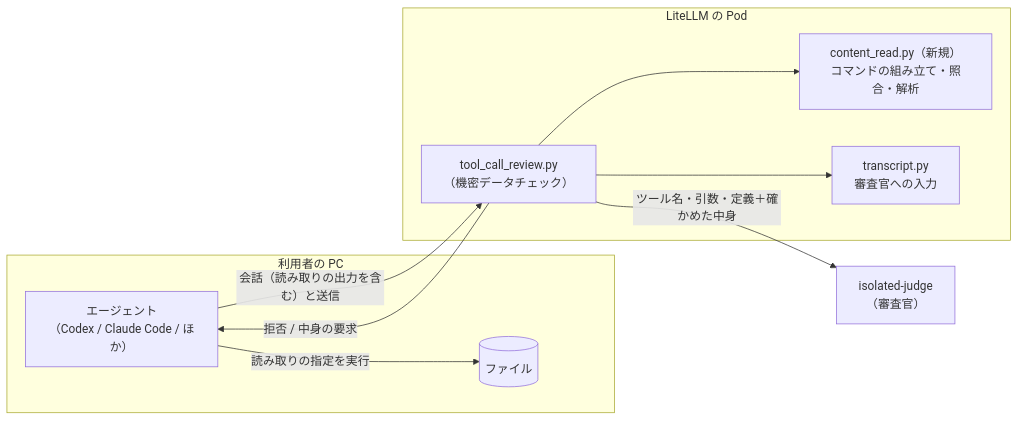
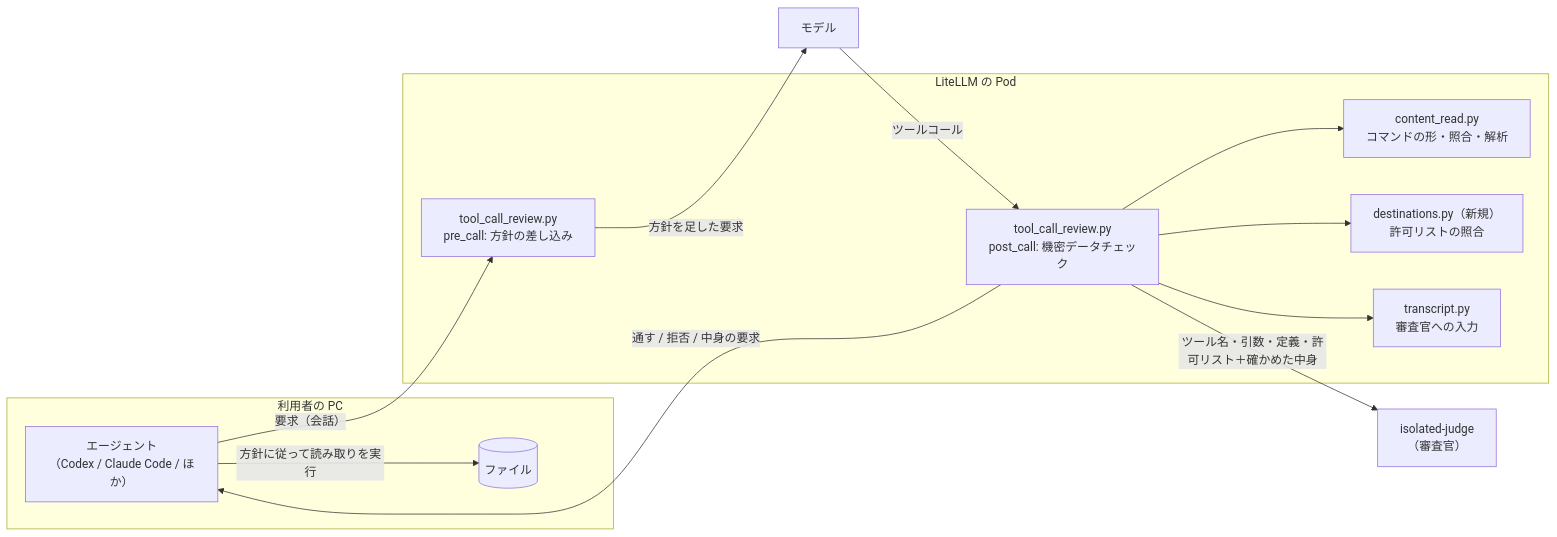
One commit to notfolder/litellm-agent-gateway-lab changed the first of 2 diagrams in .history/2026-10-13-送信するファイルの中身の審査/変更設計書.md. Above: the diagram before and after it, drawn with Mermaid. The commit also changed other lines of this file and 2 other files, not shown here.

````diff
--- a/.history/2026-10-13-送信するファイルの中身の審査/変更設計書.md
+++ b/.history/2026-10-13-送信するファイルの中身の審査/変更設計書.md
@@ -9,19 +9,24 @@
 ```mermaid
 flowchart LR
     subgraph PC["利用者の PC"]
         AG["エージェント<br/>（Codex / Claude Code / ほか）"]
         F[("ファイル")]
-        AG -- "読み取りの指定を実行" --> F
+        AG -- "方針に従って読み取りを実行" --> F
     end
     subgraph POD["LiteLLM の Pod"]
-        G["tool_call_review.py<br/>（機密データチェック）"]
-        CR["content_read.py（新規）<br/>コマンドの組み立て・照合・解析"]
+        P["tool_call_review.py<br/>pre_call: 方針の差し込み"]
+        G["tool_call_review.py<br/>post_call: 機密データチェック"]
+        CR["content_read.py<br/>コマンドの形・照合・解析"]
+        DS["destinations.py（新規）<br/>許可リストの照合"]
         TR["transcript.py<br/>審査官への入力"]
         G --> CR
+        G --> DS
         G --> TR
     end
     J["isolated-judge<br/>（審査官）"]
-    AG -- "会話（読み取りの出力を含む）と送信" --> G
-    G -- "ツール名・引数・定義＋確かめた中身" --> J
-    G -- "拒否 / 中身の要求" --> AG
+    AG -- "要求（会話）" --> P
+    P -- "方針を足した要求" --> M["モデル"]
+    M -- "ツールコール" --> G
+    G -- "ツール名・引数・定義・許可リスト＋確かめた中身" --> J
+    G -- "通す / 拒否 / 中身の要求" --> AG
 ```
````
